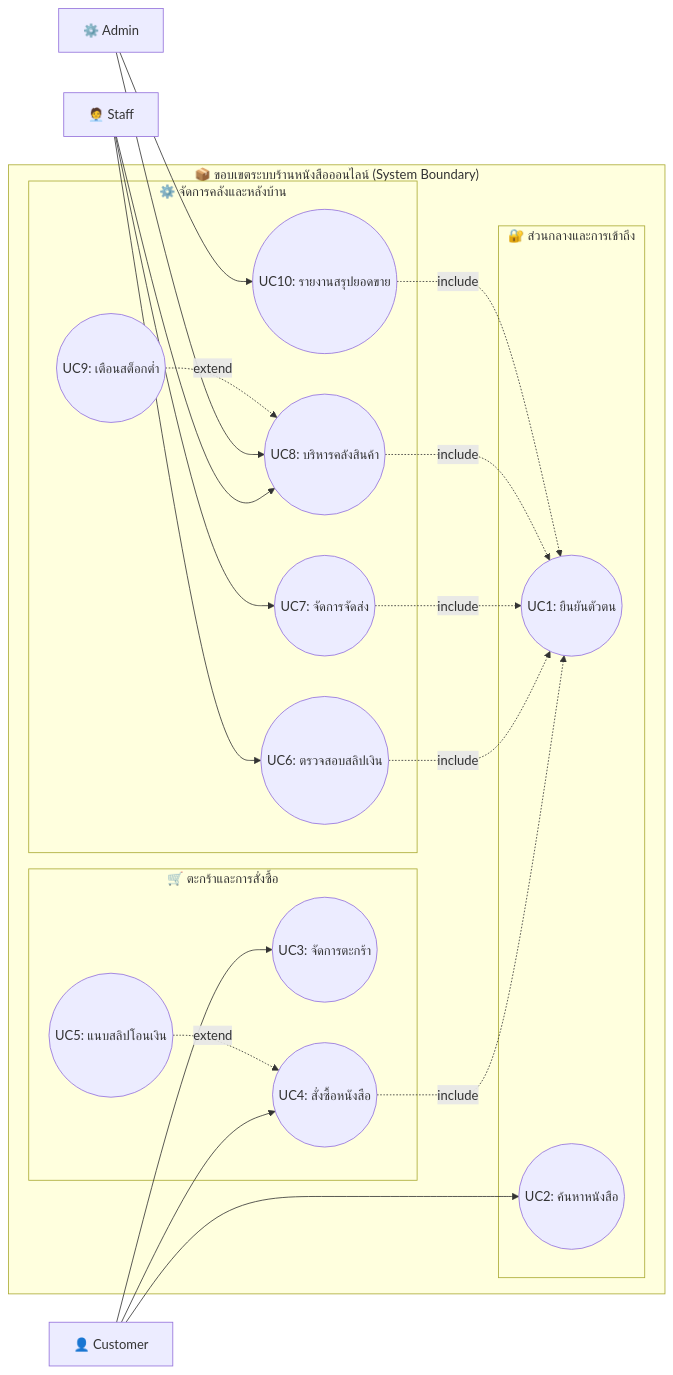
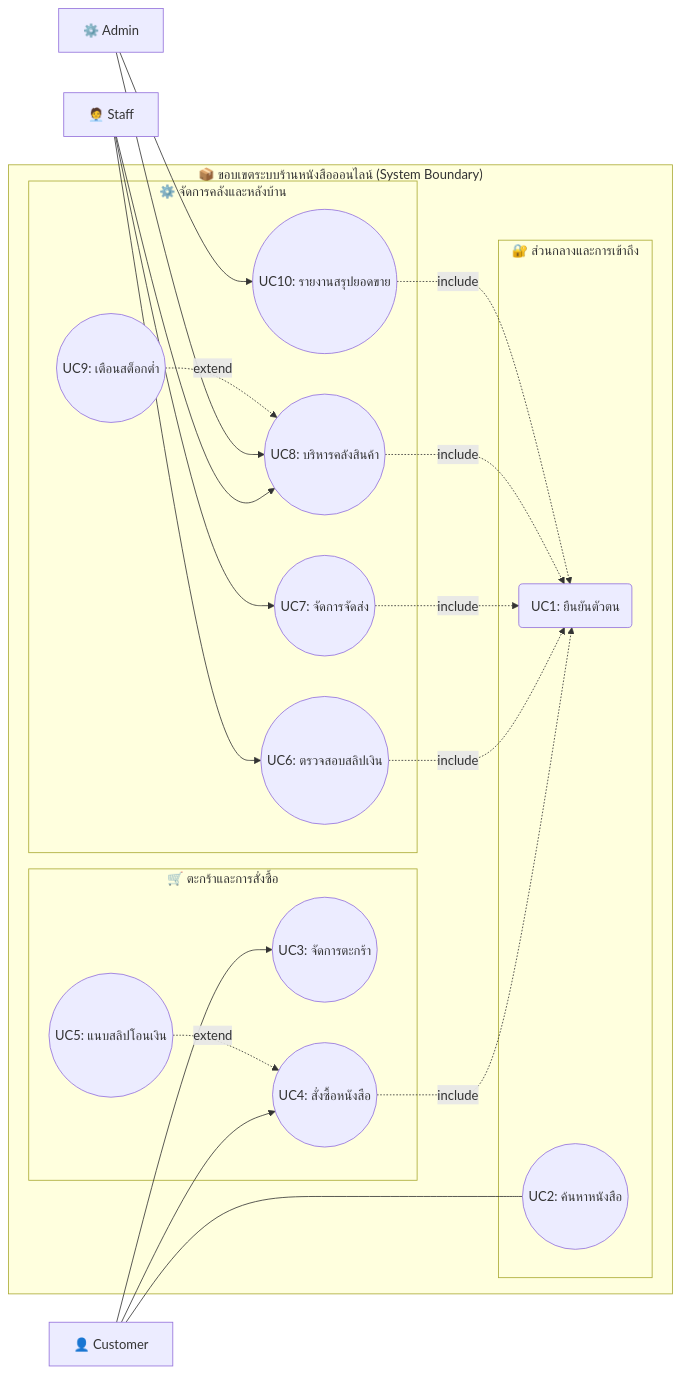
Before and after one commit to SupvichSpuGM/online-bookstore: the first of 3 diagrams in workshop4.md, drawn with Mermaid.

Commit message:
Fix formatting of use case diagram in workshop4.md

````diff
--- a/workshop4.md
+++ b/workshop4.md
@@ -45,42 +45,42 @@
 ```mermaid
 graph LR
     Customer["👤 Customer"]
     Staff["🧑‍💼 Staff"]
     Admin["⚙️ Admin"]
 
     subgraph System ["📦 ขอบเขตระบบร้านหนังสือออนไลน์ (System Boundary)"]
         subgraph G1 ["🔐 ส่วนกลางและการเข้าถึง"]
-            UC_Auth((UC1: ยืนยันตัวตน))
+            UC_Auth(UC1: ยืนยันตัวตน)
             UC_Search((UC2: ค้นหาหนังสือ))
         end
         subgraph G2 ["🛒 ตะกร้าและการสั่งซื้อ"]
             UC_Cart((UC3: จัดการตะกร้า))
             UC_Checkout((UC4: สั่งซื้อหนังสือ))
             UC_UploadSlip((UC5: แนบสลิปโอนเงิน))
         end
         subgraph G3 ["⚙️ จัดการคลังและหลังบ้าน"]
             UC_VerifySlip((UC6: ตรวจสอบสลิปเงิน))
             UC_ShipOrder((UC7: จัดการจัดส่ง))
             UC_ManageCatalog((UC8: บริหารคลังสินค้า))
             UC_StockAlert((UC9: เตือนสต็อกต่ำ))
             UC_Dashboard((UC10: รายงานสรุปยอดขาย))
         end
     end
 
-    Customer --> UC_Search
+    Customer --- UC_Search
     Customer --> UC_Cart
     Customer --> UC_Checkout
     Staff --> UC_VerifySlip
     Staff --> UC_ShipOrder
     Staff --> UC_ManageCatalog
     Admin --> UC_ManageCatalog
     Admin --> UC_Dashboard
 
     UC_Checkout -.->|include| UC_Auth
     UC_VerifySlip -.->|include| UC_Auth
     UC_ShipOrder -.->|include| UC_Auth
     UC_ManageCatalog -.->|include| UC_Auth
     UC_Dashboard -.->|include| UC_Auth
     UC_UploadSlip -.->|extend| UC_Checkout
     UC_StockAlert -.->|extend| UC_ManageCatalog
 ```
````
